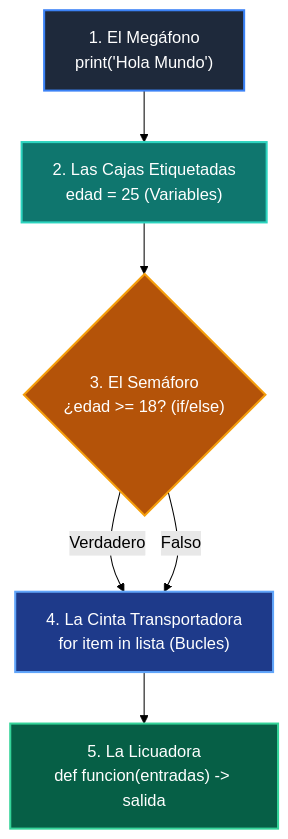
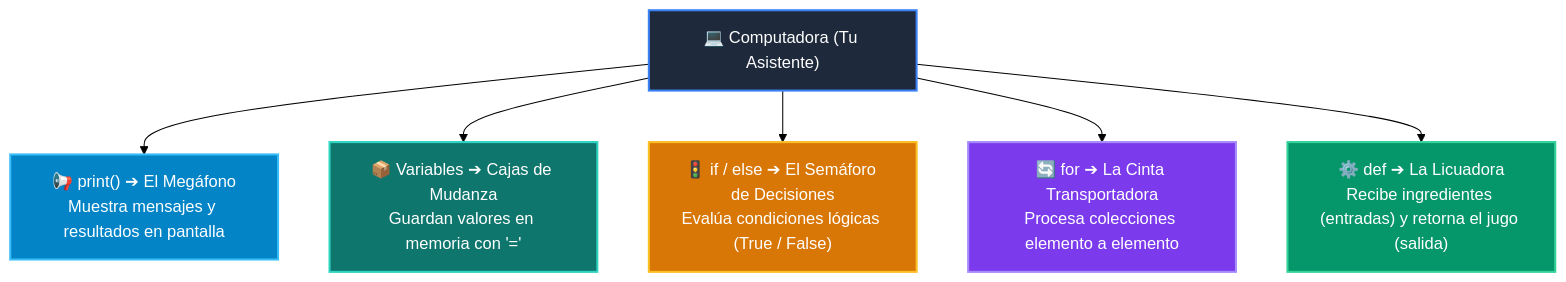
One commit to wisrovi/wisrovi-python changed the diagram in 01-fundamentos-python/clase-01-panorama-general/README.md. Above: the diagram before and after it, drawn with Mermaid (forest theme). The commit also changed other lines of this file and 54 other files, not shown here.

Commit message:
refactor: clean repository root by moving maintenance scripts to scripts/ and restore rich high-contrast Mermaid diagrams for all classes and examples

````diff
--- a/01-fundamentos-python/clase-01-panorama-general/README.md
+++ b/01-fundamentos-python/clase-01-panorama-general/README.md
@@ -12,14 +12,15 @@
 ```mermaid
 flowchart TD
-    P1["1. El Megáfono<br/>print('Hola Mundo')"] --> P2["2. Las Cajas Etiquetadas<br/>edad = 25 (Variables)"]
-    P2 --> P3{"3. El Semáforo<br/>¿edad >= 18? (if/else)"}
-    P3 -->|Verdadero| P4["4. La Cinta Transportadora<br/>for item in lista (Bucles)"]
-    P3 -->|Falso| P4
-    P4 --> P5["5. La Licuadora<br/>def funcion(entradas) -> salida"]
+    COMP["💻 Computadora (Tu Asistente)"] --> P0["📢 print() ➔ El Megáfono<br/>Muestra mensajes y resultados en pantalla"]
+    COMP --> P1["📦 Variables ➔ Cajas de Mudanza<br/>Guardan valores en memoria con '='"]
+    COMP --> P2["🚦 if / else ➔ El Semáforo de Decisiones<br/>Evalúa condiciones lógicas (True / False)"]
+    COMP --> P3["🔄 for ➔ La Cinta Transportadora<br/>Procesa colecciones elemento a elemento"]
+    COMP --> P4["⚙️ def ➔ La Licuadora<br/>Recibe ingredientes (entradas) y retorna el jugo (salida)"]
 
-    style P1 fill:#1e293b,color:#fff,stroke:#3b82f6,stroke-width:2px
-    style P2 fill:#0f766e,color:#fff,stroke:#2dd4bf,stroke-width:2px
-    style P3 fill:#b45309,color:#fff,stroke:#f59e0b,stroke-width:2px
-    style P4 fill:#1e3a8a,color:#fff,stroke:#60a5fa,stroke-width:2px
-    style P5 fill:#065f46,color:#fff,stroke:#34d399,stroke-width:2px
+    style COMP fill:#1e293b,color:#ffffff,stroke:#3b82f6,stroke-width:2px
+    style P0 fill:#0284c7,color:#ffffff,stroke:#38bdf8,stroke-width:2px
+    style P1 fill:#0f766e,color:#ffffff,stroke:#2dd4bf,stroke-width:2px
+    style P2 fill:#d97706,color:#ffffff,stroke:#fbbf24,stroke-width:2px
+    style P3 fill:#7c3aed,color:#ffffff,stroke:#a78bfa,stroke-width:2px
+    style P4 fill:#059669,color:#ffffff,stroke:#34d399,stroke-width:2px
 ```
````
